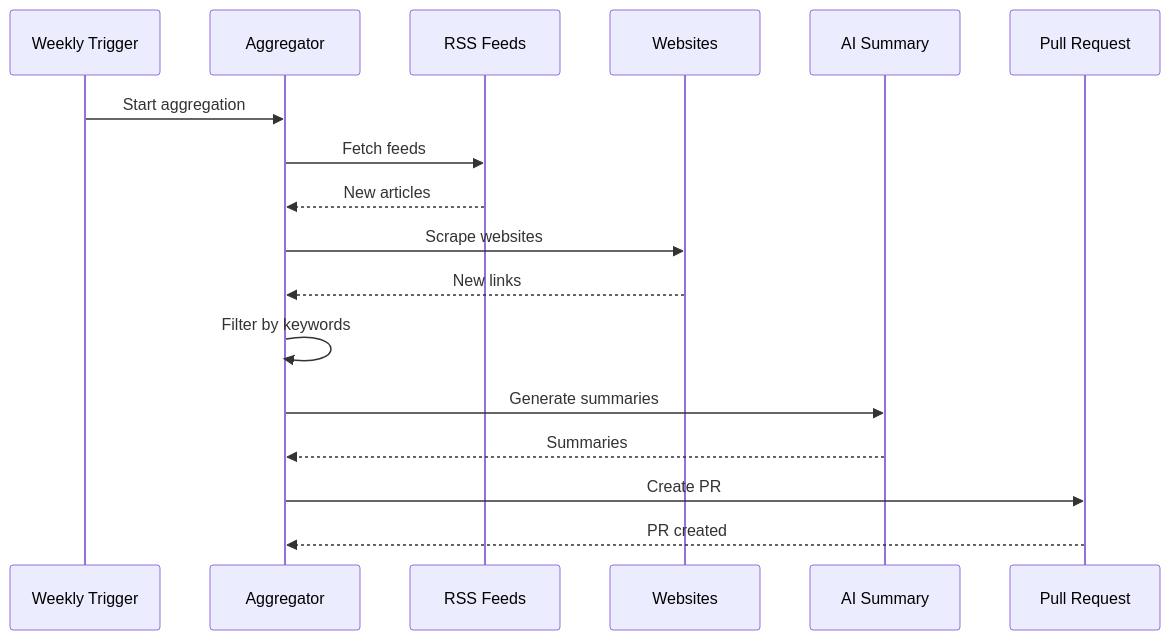
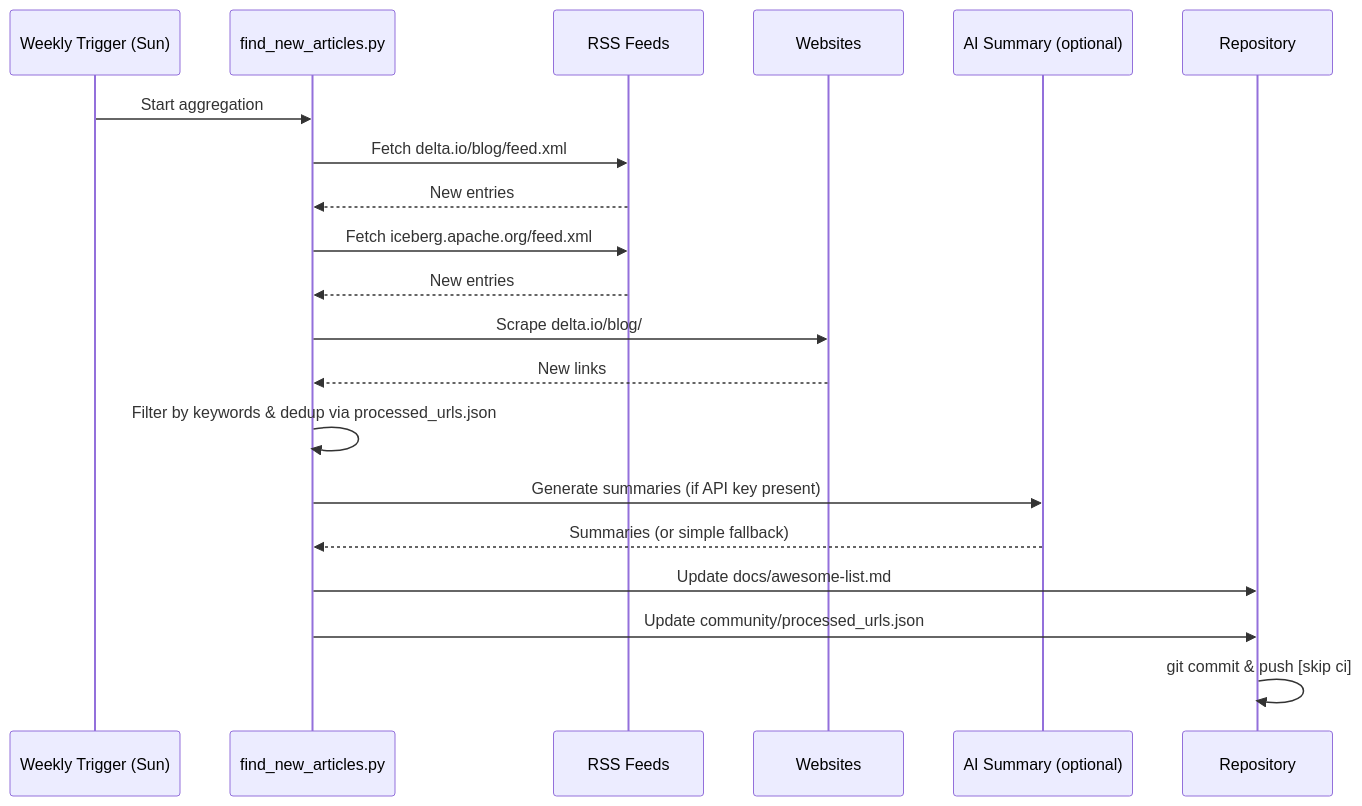
Before and after one commit to Analytical-Guide/Datalake-Guide: the sixth of 13 diagrams in docs/architecture/system-overview.md, drawn with Mermaid. The commit also changed 5 other files, not shown here.

````diff
--- a/docs/architecture/system-overview.md
+++ b/docs/architecture/system-overview.md
@@ -146,20 +146,23 @@
 ```mermaid
 sequenceDiagram
-    participant Cron as Weekly Trigger
-    participant Agg as Aggregator
+    participant Cron as Weekly Trigger (Sun)
+    participant Agg as find_new_articles.py
     participant RSS as RSS Feeds
     participant Web as Websites
-    participant AI as AI Summary
-    participant PR as Pull Request
-    
+    participant AI as AI Summary (optional)
+    participant Repo as Repository
+
     Cron->>Agg: Start aggregation
-    Agg->>RSS: Fetch feeds
-    RSS-->>Agg: New articles
-    Agg->>Web: Scrape websites
+    Agg->>RSS: Fetch delta.io/blog/feed.xml
+    RSS-->>Agg: New entries
+    Agg->>RSS: Fetch iceberg.apache.org/feed.xml
+    RSS-->>Agg: New entries
+    Agg->>Web: Scrape delta.io/blog/
     Web-->>Agg: New links
-    Agg->>Agg: Filter by keywords
-    Agg->>AI: Generate summaries
-    AI-->>Agg: Summaries
-    Agg->>PR: Create PR
-    PR-->>Agg: PR created
+    Agg->>Agg: Filter by keywords & dedup via processed_urls.json
+    Agg->>AI: Generate summaries (if API key present)
+    AI-->>Agg: Summaries (or simple fallback)
+    Agg->>Repo: Update docs/awesome-list.md
+    Agg->>Repo: Update community/processed_urls.json
+    Repo->>Repo: git commit & push [skip ci]
 ```
````
